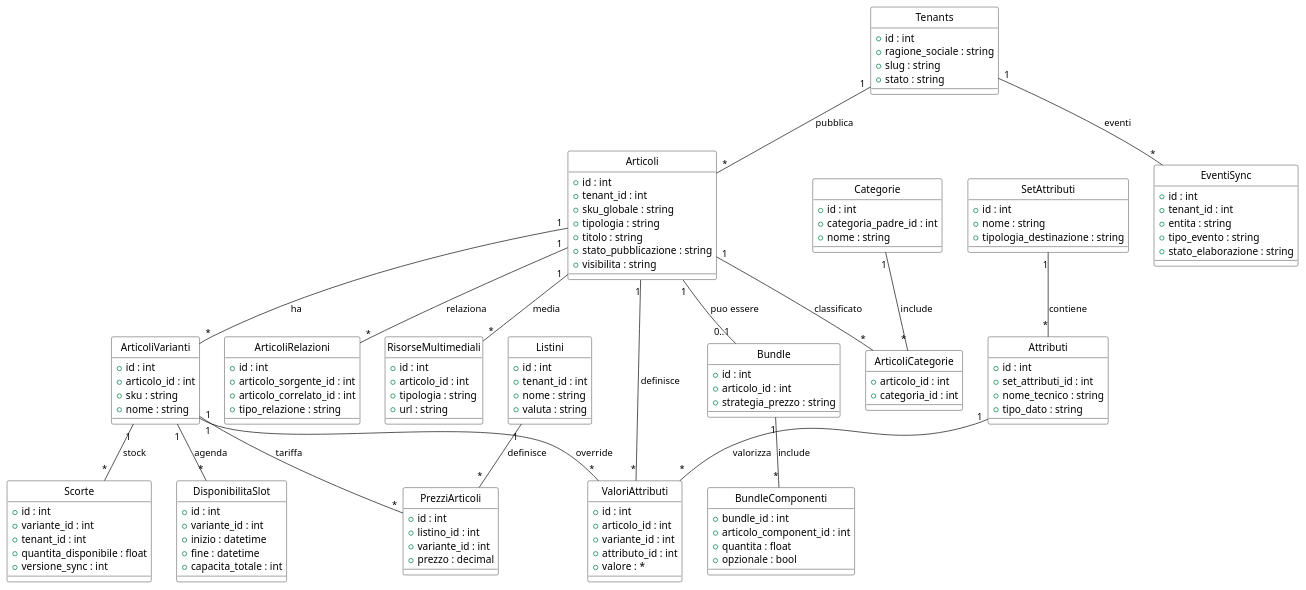
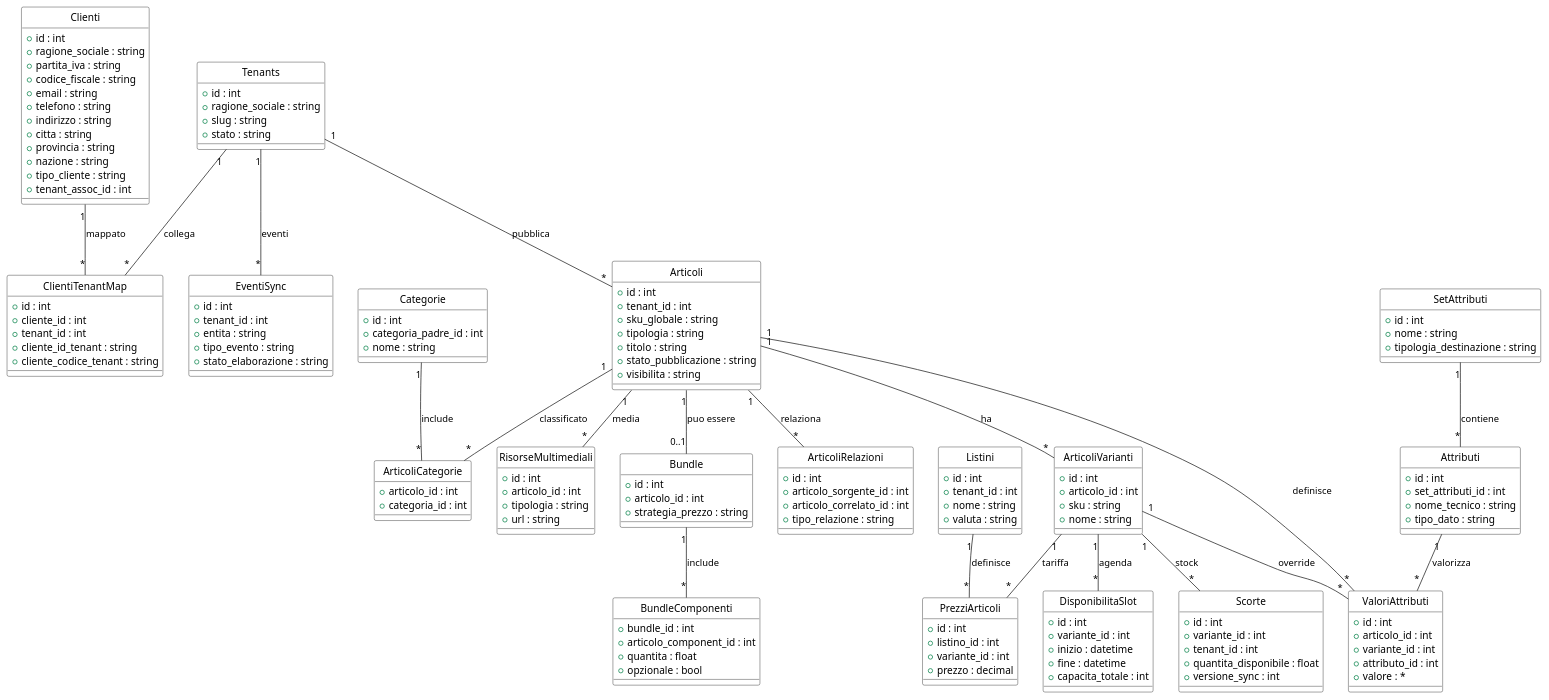
Before and after one commit to luigimapu/LpWf: the diagram in docs/diagrammi/uml-hub-catalogo.puml, drawn with PlantUML. The commit also changed 19 other files, not shown here.

Commit message:
feat(hub+tenants+clienti): centralizza clienti su Hub con dedup (hard/soft), link hub_cliente_id; nuovi endpoint /api/hub_tenants (solo Admin) e sezione UI Tenants; badge Hub in lista clienti; docs e diagrammi aggiornati

```diff
--- a/docs/diagrammi/uml-hub-catalogo.puml
+++ b/docs/diagrammi/uml-hub-catalogo.puml
@@ -1,147 +1,172 @@
 @startuml "ER Hub Catalogo"
 hide circle
 skinparam class {
     BackgroundColor White
     BorderColor Black
 }
 
 class Tenants {
   +id : int
   +ragione_sociale : string
   +slug : string
   +stato : string
 }
 
 class Articoli {
   +id : int
   +tenant_id : int
   +sku_globale : string
   +tipologia : string
   +titolo : string
   +stato_pubblicazione : string
   +visibilita : string
 }
 
 class ArticoliVarianti {
   +id : int
   +articolo_id : int
   +sku : string
   +nome : string
 }
 
 class SetAttributi {
   +id : int
   +nome : string
   +tipologia_destinazione : string
 }
 
 class Attributi {
   +id : int
   +set_attributi_id : int
   +nome_tecnico : string
   +tipo_dato : string
 }
 
 class ValoriAttributi {
   +id : int
   +articolo_id : int
   +variante_id : int
   +attributo_id : int
   +valore : *
 }
 
 class Categorie {
   +id : int
   +categoria_padre_id : int
   +nome : string
 }
 
 class ArticoliCategorie {
   +articolo_id : int
   +categoria_id : int
 }
 
 class Bundle {
   +id : int
   +articolo_id : int
   +strategia_prezzo : string
 }
 
 class BundleComponenti {
   +bundle_id : int
   +articolo_component_id : int
   +quantita : float
   +opzionale : bool
 }
 
 class ArticoliRelazioni {
   +id : int
   +articolo_sorgente_id : int
   +articolo_correlato_id : int
   +tipo_relazione : string
 }
 
 class Scorte {
   +id : int
   +variante_id : int
   +tenant_id : int
   +quantita_disponibile : float
   +versione_sync : int
 }
 
 class Listini {
   +id : int
   +tenant_id : int
   +nome : string
   +valuta : string
 }
 
 class PrezziArticoli {
   +id : int
   +listino_id : int
   +variante_id : int
   +prezzo : decimal
 }
 
 class DisponibilitaSlot {
   +id : int
   +variante_id : int
   +inizio : datetime
   +fine : datetime
   +capacita_totale : int
 }
 
 class RisorseMultimediali {
   +id : int
   +articolo_id : int
   +tipologia : string
   +url : string
 }
 
 class EventiSync {
   +id : int
   +tenant_id : int
   +entita : string
   +tipo_evento : string
   +stato_elaborazione : string
 }
 
+class Clienti {
+  +id : int
+  +ragione_sociale : string
+  +partita_iva : string
+  +codice_fiscale : string
+  +email : string
+  +telefono : string
+  +indirizzo : string
+  +citta : string
+  +provincia : string
+  +nazione : string
+  +tipo_cliente : string
+  +tenant_assoc_id : int
+}
+
+class ClientiTenantMap {
+  +id : int
+  +cliente_id : int
+  +tenant_id : int
+  +cliente_id_tenant : string
+  +cliente_codice_tenant : string
+}
+
 Tenants "1" -- "*" Articoli : pubblica
 Articoli "1" -- "*" ArticoliVarianti : ha
 Articoli "1" -- "*" ValoriAttributi : definisce
 ArticoliVarianti "1" -- "*" ValoriAttributi : override
 SetAttributi "1" -- "*" Attributi : contiene
 Attributi "1" -- "*" ValoriAttributi : valorizza
 Articoli "1" -- "*" ArticoliCategorie : classificato
 Categorie "1" -- "*" ArticoliCategorie : include
 Articoli "1" -- "0..1" Bundle : puo essere
 Bundle "1" -- "*" BundleComponenti : include
 Articoli "1" -- "*" ArticoliRelazioni : relaziona
 ArticoliVarianti "1" -- "*" Scorte : stock
 ArticoliVarianti "1" -- "*" PrezziArticoli : tariffa
 Listini "1" -- "*" PrezziArticoli : definisce
 ArticoliVarianti "1" -- "*" DisponibilitaSlot : agenda
 Articoli "1" -- "*" RisorseMultimediali : media
 Tenants "1" -- "*" EventiSync : eventi
+Clienti "1" -- "*" ClientiTenantMap : mappato
+Tenants "1" -- "*" ClientiTenantMap : collega
 
 @enduml
```
